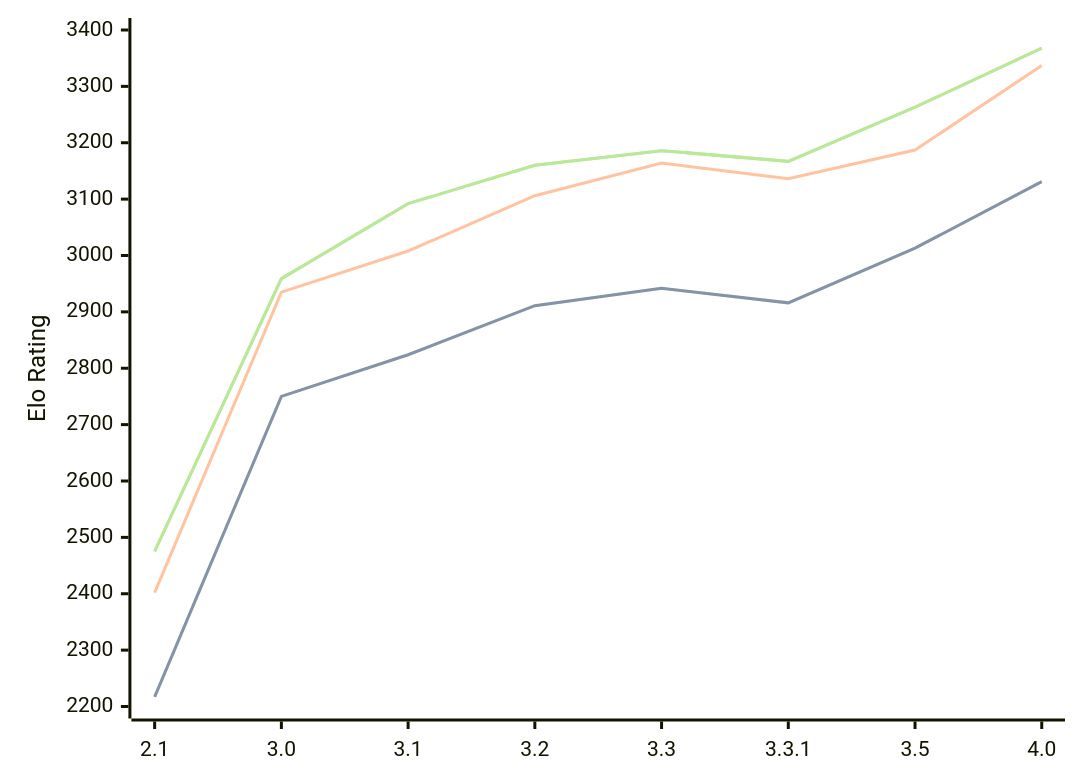
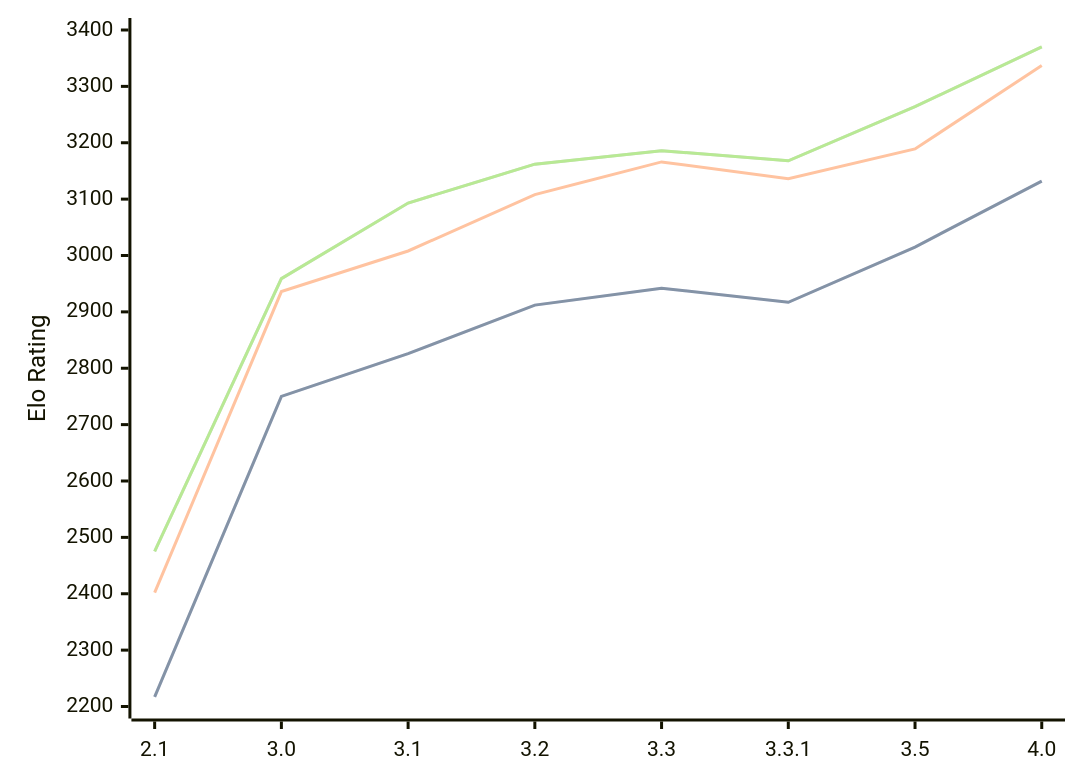
The diagram in engines/Petrel.md (computer-chess-index/cci), drawn with Mermaid before and after one commit. The commit also changed other lines of this file, not shown here.

Commit message:
Update CCI Ratings (ELO VLTC) - 2026-08-21

````diff
--- a/engines/Petrel.md
+++ b/engines/Petrel.md
@@ -38,11 +38,11 @@
 ```mermaid
 %%{init: {"theme":"base","themeVariables":{"seriesColors:['#a3a3a3','#222221','#faa371']}}}%%
 xychart-beta
   x-axis ["2.1", "3.0", "3.1", "3.2", "3.3", "3.3.1", "3.5", "4.0"]
   y-axis "Elo Rating" 2200 --> 3400
-  line "STC (8.0+0.08s)" [2217, 2750, 2824, 2911, 2942, 2916, 3013, 3131]
-  line "STC (8.0+0.08s)" [2217, 2750, 2824, 2911, 2942, 2916, 3013, 3131]
-  line "LTC (60.0+0.60s)" [2402, 2935, 3008, 3106, 3164, 3136, 3187, 3337]
-  line "VLTC (2m24s+1.12s)" [2475, 2959, 3092, 3160, 3186, 3167, 3263, 3368]
-  line "VLTC (2m24s+1.12s)" [2475, 2959, 3092, 3160, 3186, 3167, 3263, 3368]
+  line "STC (8.0+0.08s)" [2217, 2750, 2826, 2912, 2942, 2917, 3015, 3132]
+  line "STC (8.0+0.08s)" [2217, 2750, 2826, 2912, 2942, 2917, 3015, 3132]
+  line "LTC (60.0+0.60s)" [2402, 2936, 3008, 3108, 3166, 3136, 3189, 3337]
+  line "VLTC (2m24s+1.12s)" [2475, 2959, 3093, 3162, 3186, 3168, 3264, 3370]
+  line "VLTC (2m24s+1.12s)" [2475, 2959, 3093, 3162, 3186, 3168, 3264, 3370]
 ```
````
